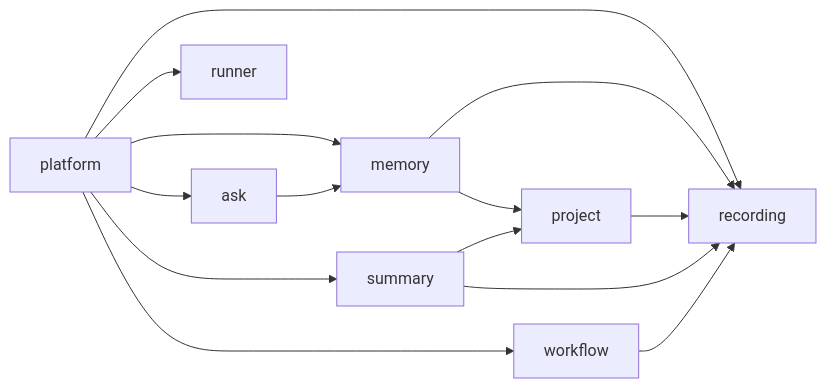
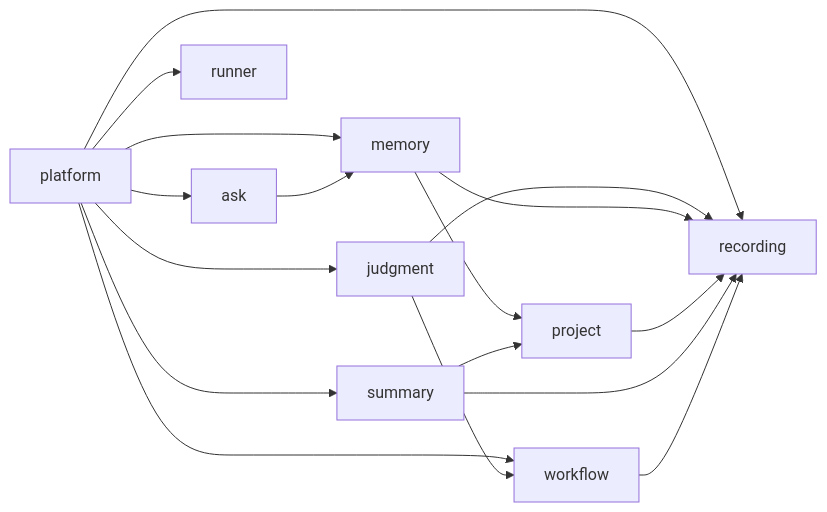
Before and after one commit to nathanmauro/black-box: the second of 3 diagrams in docs/architecture.md, drawn with Mermaid. The commit also changed other lines of this file and 68 other files, not shown here.

````diff
--- a/docs/architecture.md
+++ b/docs/architecture.md
@@ -96,16 +100,19 @@
 ```mermaid
 flowchart LR
     PLATFORM["platform"] --> ASK["ask"]
+    PLATFORM --> JUDGMENT["judgment"]
     PLATFORM --> MEMORY["memory"]
     PLATFORM --> RECORDING["recording"]
     PLATFORM --> RUNNER["runner"]
     PLATFORM --> SUMMARY["summary"]
     PLATFORM --> WORKFLOW["workflow"]
     ASK --> MEMORY
+    JUDGMENT --> RECORDING
+    JUDGMENT --> WORKFLOW
     MEMORY --> PROJECT["project"]
     MEMORY --> RECORDING
     PROJECT --> RECORDING
     SUMMARY --> PROJECT
     SUMMARY --> RECORDING
     WORKFLOW --> RECORDING
 ```
````
